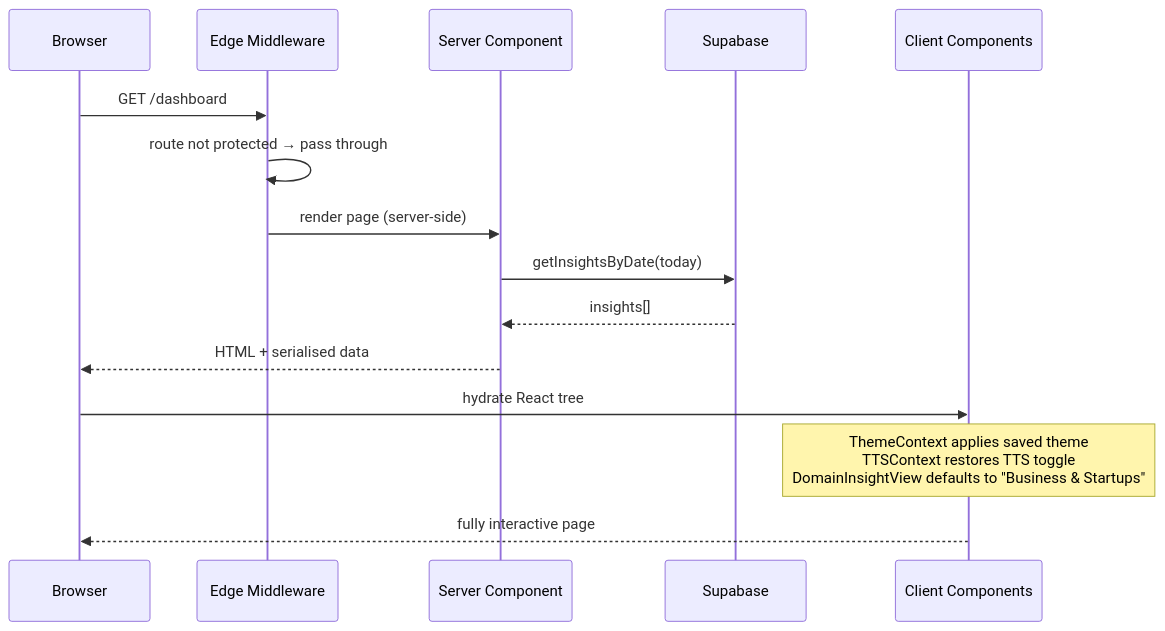
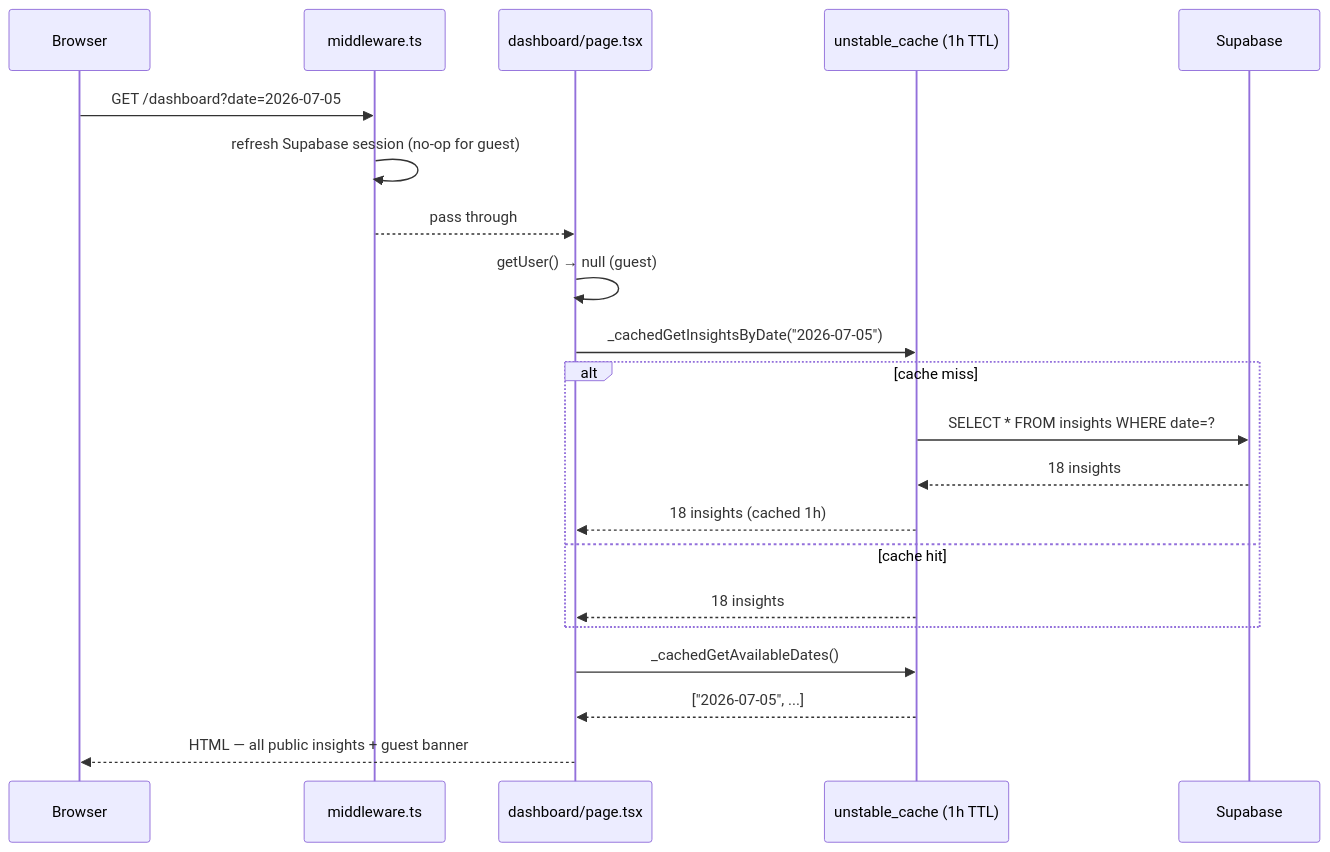
One commit to vtghub/PodcastsSummarizer changed the second of 8 diagrams in docs/request-workflow.md. Above: the diagram before and after it, drawn with Mermaid. The commit also changed other lines of this file and 3 other files, not shown here.

First line of the commit message:
docs: update architecture and workflow diagrams post-PR #31-33

````diff
--- a/docs/request-workflow.md
+++ b/docs/request-workflow.md
@@ -51,19 +58,24 @@
 ```mermaid
 sequenceDiagram
     participant B as Browser
-    participant MW as Edge Middleware
-    participant SC as Server Component
+    participant MW as middleware.ts
+    participant PAGE as dashboard/page.tsx
+    participant CACHE as unstable_cache (1h TTL)
     participant DB as Supabase
-    participant CC as Client Components
 
-    B->>MW: GET /dashboard
-    MW->>MW: route not protected → pass through
-    MW->>SC: render page (server-side)
-    SC->>DB: getInsightsByDate(today)
-    DB-->>SC: insights[]
-    SC-->>B: HTML + serialised data
-
-    B->>CC: hydrate React tree
-    Note over CC: ThemeContext applies saved theme<br/>TTSContext restores TTS toggle<br/>DomainInsightView defaults to "Business & Startups"
-    CC-->>B: fully interactive page
+    B->>MW: GET /dashboard?date=2026-07-05
+    MW->>MW: refresh Supabase session (no-op for guest)
+    MW-->>PAGE: pass through
+    PAGE->>PAGE: getUser() → null (guest)
+    PAGE->>CACHE: _cachedGetInsightsByDate("2026-07-05")
+    alt cache miss
+        CACHE->>DB: SELECT * FROM insights WHERE date=?
+        DB-->>CACHE: 18 insights
+        CACHE-->>PAGE: 18 insights (cached 1h)
+    else cache hit
+        CACHE-->>PAGE: 18 insights
+    end
+    PAGE->>CACHE: _cachedGetAvailableDates()
+    CACHE-->>PAGE: ["2026-07-05", ...]
+    PAGE-->>B: HTML — all public insights + guest banner
 ```
````
